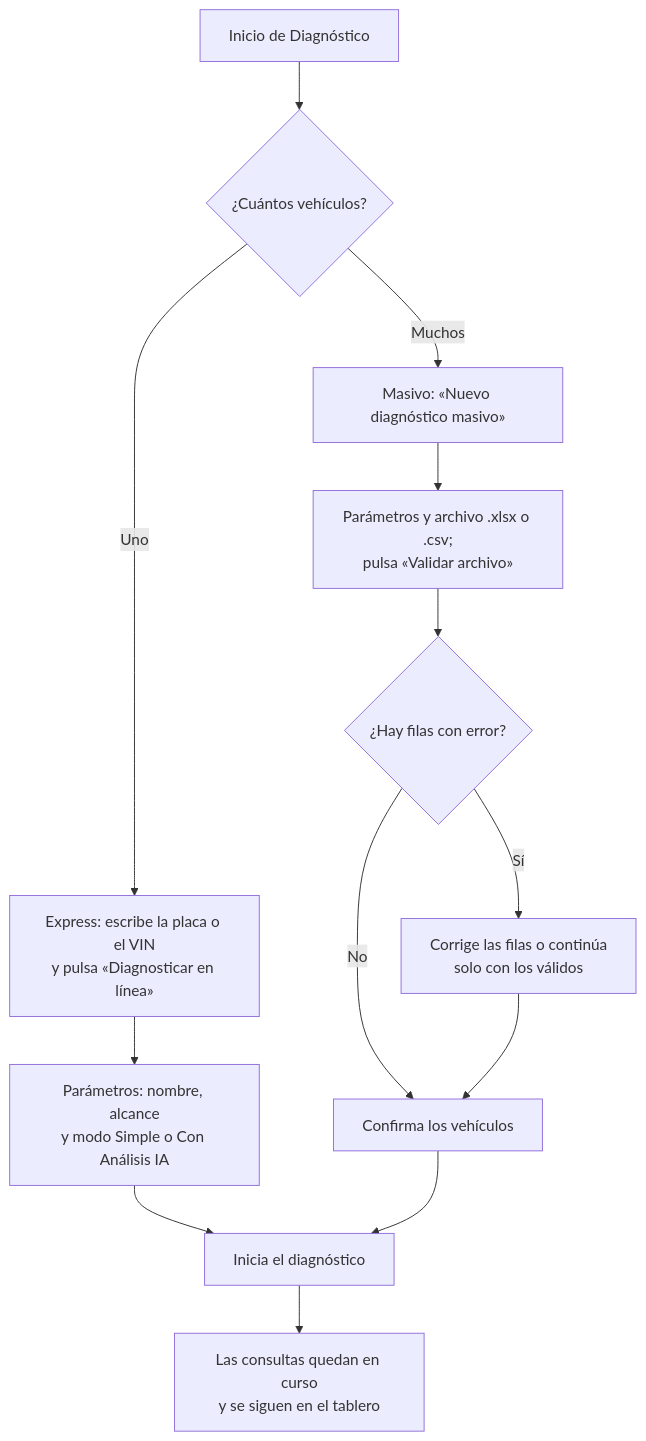
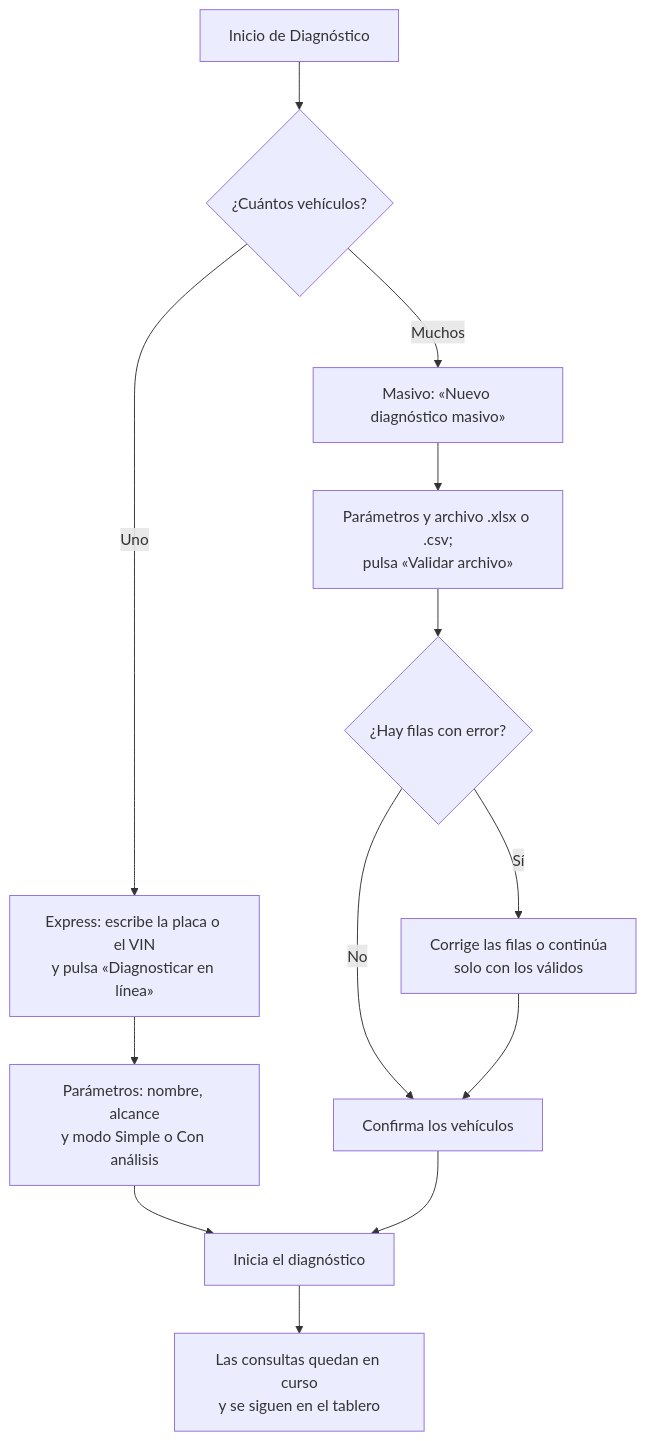
One commit to flitsas/flit changed the diagram in frontend/lib/manual/diagrams/flujo-diagnostico-alta.mmd. Above: the diagram before and after it, drawn with Mermaid. The commit also changed 10 other files, not shown here.

Commit message:
AJUSTE: diagramas y manual de Diagnóstico con «Con análisis» y explicación de «Sin análisis» (review del carril)

```diff
--- a/frontend/lib/manual/diagrams/flujo-diagnostico-alta.mmd
+++ b/frontend/lib/manual/diagrams/flujo-diagnostico-alta.mmd
@@ -1,13 +1,13 @@
 flowchart TD
     A["Inicio de Diagnóstico"] --> B{"¿Cuántos vehículos?"}
     B -- "Uno" --> C["Express: escribe la placa o el VIN\ny pulsa «Diagnosticar en línea»"]
     B -- "Muchos" --> D["Masivo: «Nuevo diagnóstico masivo»"]
-    C --> E["Parámetros: nombre, alcance\ny modo Simple o Con Análisis IA"]
+    C --> E["Parámetros: nombre, alcance\ny modo Simple o Con análisis"]
     D --> F["Parámetros y archivo .xlsx o .csv;\npulsa «Validar archivo»"]
     F --> G{"¿Hay filas con error?"}
     G -- "Sí" --> H["Corrige las filas o continúa\nsolo con los válidos"]
     G -- "No" --> I["Confirma los vehículos"]
     H --> I
     E --> J["Inicia el diagnóstico"]
     I --> J
     J --> K["Las consultas quedan en curso\ny se siguen en el tablero"]
```
